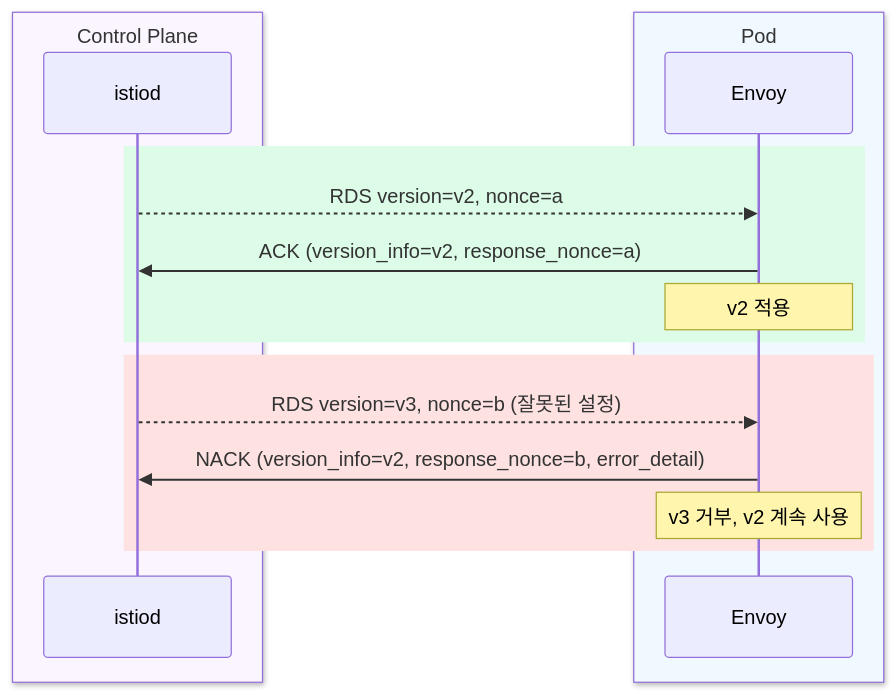
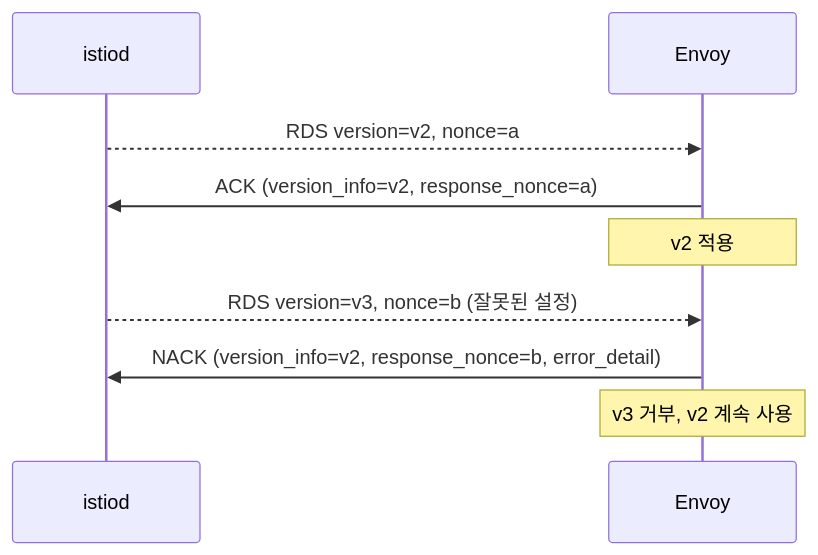
One commit to ChanghwanK/ChanghwanK.github.io changed the fifth of 6 diagrams in content/posts/2026-09-26-istio-envoy-xds/index.md. Above: the diagram before and after it, drawn with Mermaid. The commit also changed other lines of this file, not shown here.

First line of the commit message:
content(blog): tone diagrams down to a single blue accent

````diff
--- a/content/posts/2026-09-26-istio-envoy-xds/index.md
+++ b/content/posts/2026-09-26-istio-envoy-xds/index.md
@@ -236,19 +200,11 @@
 ```mermaid
 sequenceDiagram
-  box rgb(250, 245, 255) Control Plane
-    participant I as istiod
-  end
-  box rgb(240, 249, 255) Pod
-    participant E as Envoy
-  end
-  rect rgb(220, 252, 231)
-    I-->>E: RDS version=v2, nonce=a
-    E->>I: ACK (version_info=v2, response_nonce=a)
-    Note over E: v2 적용
-  end
-  rect rgb(254, 226, 226)
-    I-->>E: RDS version=v3, nonce=b (잘못된 설정)
-    E->>I: NACK (version_info=v2, response_nonce=b, error_detail)
-    Note over E: v3 거부, v2 계속 사용
-  end
+  participant I as istiod
+  participant E as Envoy
+  I-->>E: RDS version=v2, nonce=a
+  E->>I: ACK (version_info=v2, response_nonce=a)
+  Note over E: v2 적용
+  I-->>E: RDS version=v3, nonce=b (잘못된 설정)
+  E->>I: NACK (version_info=v2, response_nonce=b, error_detail)
+  Note over E: v3 거부, v2 계속 사용
 ```
````
